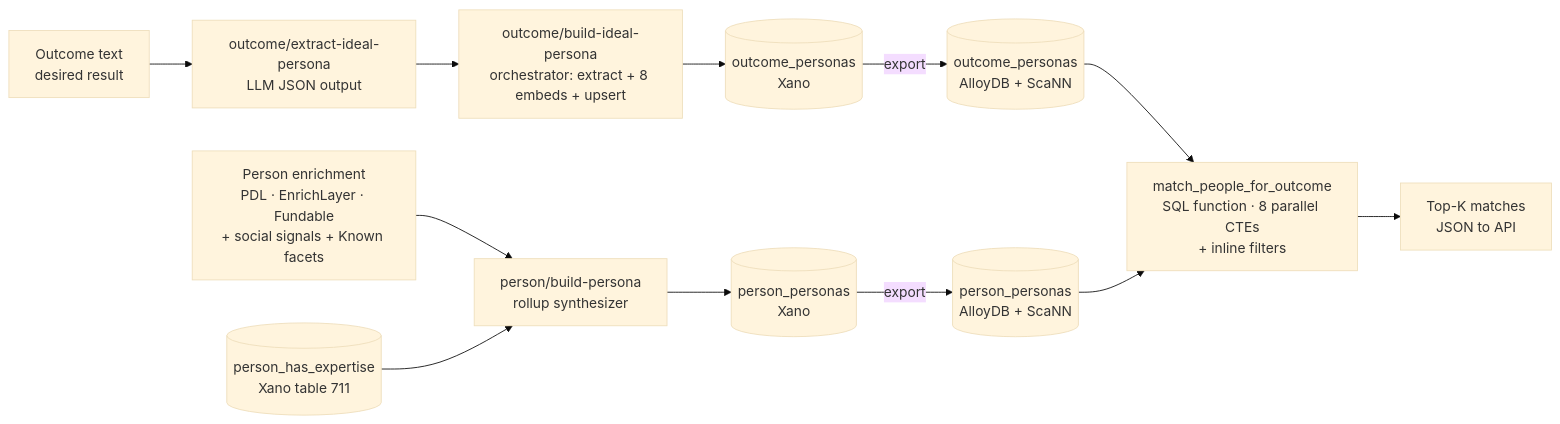
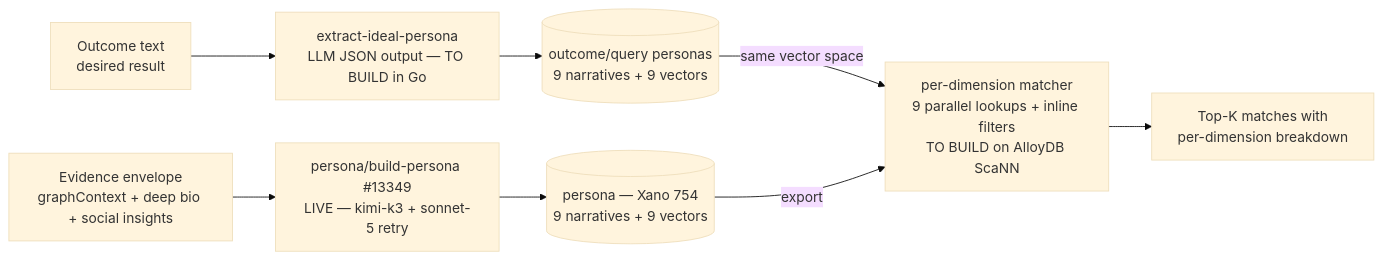
One commit to M-Pederson/docs changed the diagram in guides/open-work/personas.mdx. Above: the diagram before and after it, drawn with Mermaid (base theme). The commit also changed other lines of this file and 10 other files, not shown here.

````diff
--- a/guides/open-work/personas.mdx
+++ b/guides/open-work/personas.mdx
@@ -53,17 +45,12 @@
 ```mermaid
 flowchart LR
-    O[Outcome text<br/>desired result] --> X[outcome/extract-ideal-persona<br/>LLM JSON output]
-    X --> B[outcome/build-ideal-persona<br/>orchestrator: extract + 8 embeds + upsert]
-    B --> OF[(outcome_personas<br/>Xano)]
-    
-    P[Person enrichment<br/>PDL · EnrichLayer · Fundable<br/>+ social signals + Known facets] --> R[person/build-persona<br/>rollup synthesizer]
-    PE[(person_has_expertise<br/>Xano table 711)] --> R
-    R --> PF[(person_personas<br/>Xano)]
-    
-    OF -->|export| AOF[(outcome_personas<br/>AlloyDB + ScaNN)]
-    PF -->|export| APF[(person_personas<br/>AlloyDB + ScaNN)]
-    
-    AOF --> M[match_people_for_outcome<br/>SQL function · 8 parallel CTEs<br/>+ inline filters]
-    APF --> M
-    M --> RES[Top-K matches<br/>JSON to API]
+    O[Outcome text<br/>desired result] --> X[extract-ideal-persona<br/>LLM JSON output — TO BUILD in Go]
+    X --> OF[(outcome/query personas<br/>9 narratives + 9 vectors)]
+
+    E[Evidence envelope<br/>graphContext + deep bio + social insights] --> R[persona/build-persona #13349<br/>LIVE — kimi-k3 + sonnet-5 retry]
+    R --> PF[(persona — Xano 754<br/>9 narratives + 9 vectors)]
+
+    OF -->|same vector space| M[per-dimension matcher<br/>9 parallel lookups + inline filters<br/>TO BUILD on AlloyDB ScaNN]
+    PF -->|export| M
+    M --> RES[Top-K matches with<br/>per-dimension breakdown]
 ```
````
